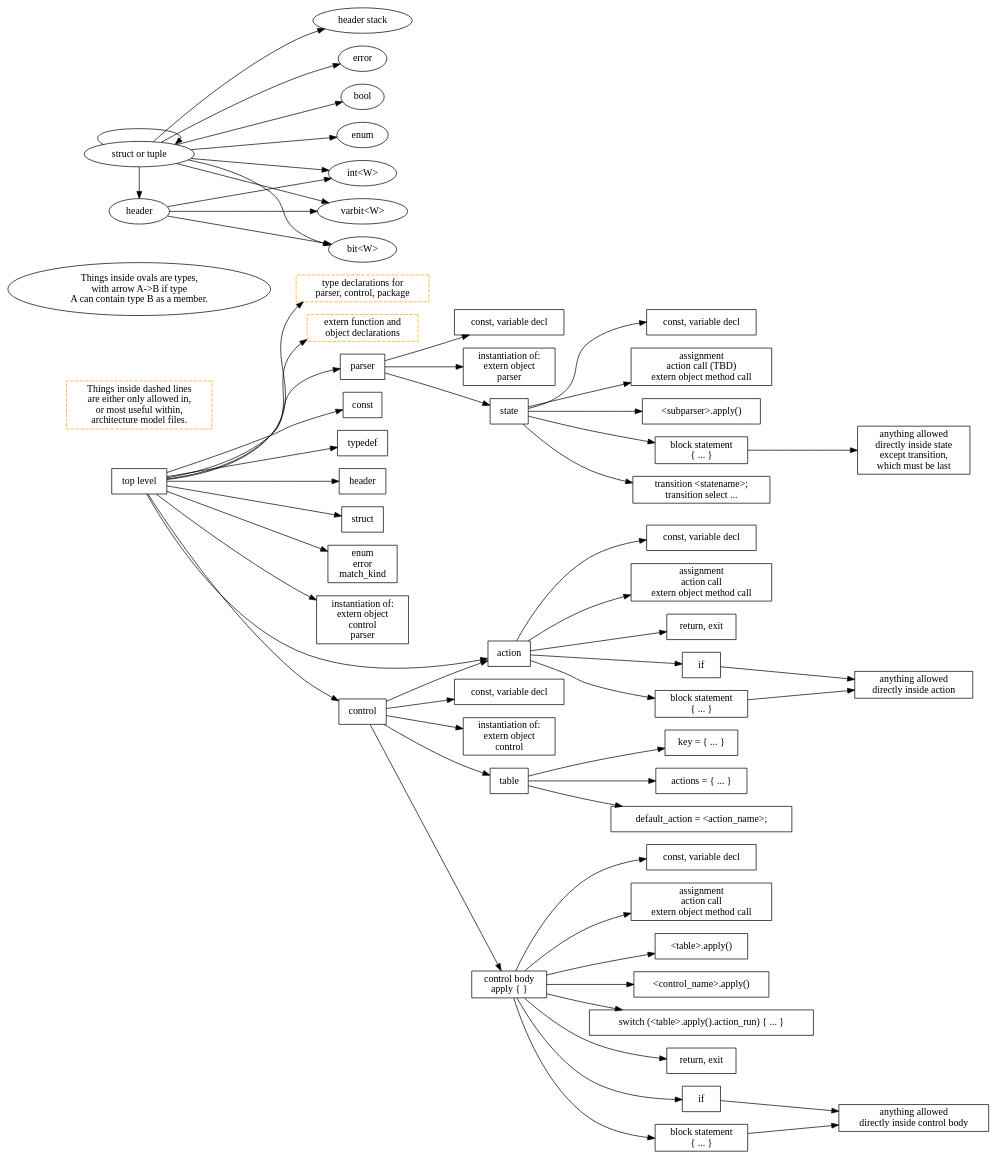
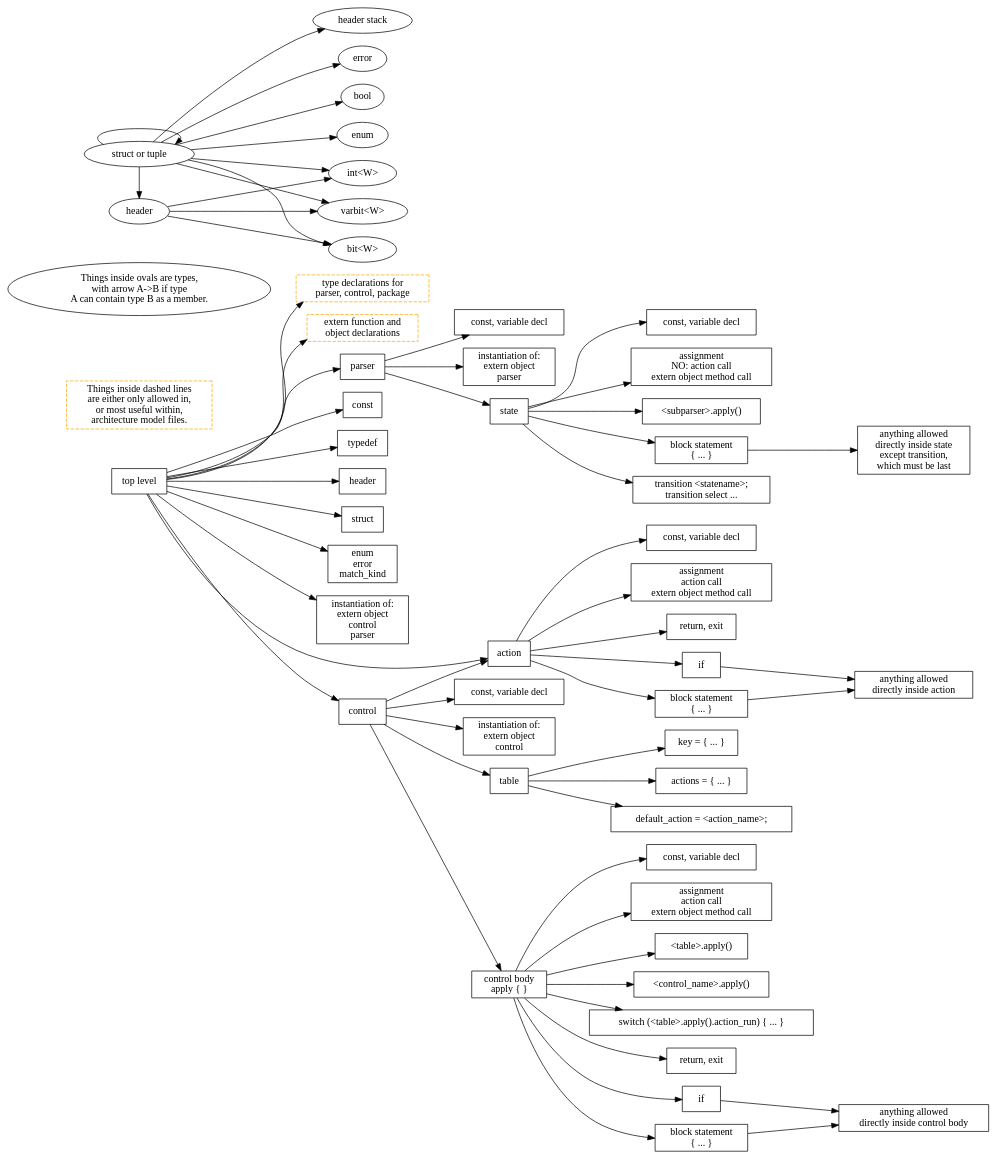
One commit to jafingerhut/p4-guide changed the diagram in p4-16-allowed-constructs.dot. Above: the diagram before and after it, drawn with Graphviz. The commit also changed 3 other files, not shown here.

```diff
--- a/p4-16-allowed-constructs.dot
+++ b/p4-16-allowed-constructs.dot
@@ -1,143 +1,143 @@
 digraph p4_16_allowed_construct_nesting {
 
     node [shape=box];
     rankdir=LR;
     
     toplevel [label="top level"];
     legend_bold_orange_box [label="Things inside dashed lines\nare either only allowed in,\nor most useful within,\narchitecture model files." style=dashed color=orange];
 
     toplevel -> typeDeclaration;
     typeDeclaration [label="type declarations for\nparser, control, package" style=dashed color=orange];
     toplevel -> externDeclaration;
     externDeclaration [label="extern function and\n object declarations" style=dashed color=orange];
     toplevel -> parserDeclaration;
     parserDeclaration [label="parser"];
     toplevel -> constantDeclaration1;
     constantDeclaration1 [label="const"];
     toplevel -> typedefDeclaration;
     typedefDeclaration [label="typedef"];
     toplevel -> headerTypeDeclaration;
     headerTypeDeclaration [label="header"];
     toplevel -> structTypeDeclaration;
     structTypeDeclaration [label="struct"];
     toplevel -> enumErrorMatchKindDeclaration;
     enumErrorMatchKindDeclaration [label="enum\nerror\nmatch_kind"];
     toplevel -> Instantiation;
     Instantiation [label="instantiation of:\nextern object\ncontrol\nparser"];
     toplevel -> actionDeclaration;
     actionDeclaration [label="action"];
     toplevel -> controlDeclaration;
     controlDeclaration [label="control"];
 
     // this is 'parser <name> (<parameters>) { ... }'
     parserDeclaration -> constantOrVariableDeclaration2;
     constantOrVariableDeclaration2 [label="const, variable decl"];
     parserDeclaration -> Instantiation2;
     Instantiation2 [label="instantiation of:\nextern object\nparser"];
     parserDeclaration -> parserState;
 
     parserState [label="state"];
     parserState -> constantOrVariableDeclaration3;
     constantOrVariableDeclaration3 [label="const, variable decl"];
     parserState -> assignmentActionMethodCallStatement3;
-    assignmentActionMethodCallStatement3 [label="assignment\naction call (TBD)\nextern object method call"];
+    assignmentActionMethodCallStatement3 [label="assignment\nNO: action call\nextern object method call"];
     parserState -> parserApplyCallStatement3;
     parserApplyCallStatement3 [label="<subparser>.apply()"];
     parserState -> blockStatement3;
     blockStatement3 [label="block statement\n{ ... }"];
     blockStatement3 -> blockStatementInParserState;
     blockStatementInParserState [label="anything allowed\ndirectly inside state\nexcept transition,\nwhich must be last"];
     parserState -> transitionStatement;
     transitionStatement [label="transition <statename>;\ntransition select ..."];
 
     controlDeclaration -> constantOrVariableDeclaration4;
     constantOrVariableDeclaration4 [label="const, variable decl"];
     controlDeclaration -> Instantiation4;
     Instantiation4 [label="instantiation of:\nextern object\ncontrol"];
     controlDeclaration -> actionDeclaration;
     controlDeclaration -> tableDeclaration;
     controlDeclaration -> controlBody;
     controlBody [label="control body\napply { }"];
 
     tableDeclaration [label="table"];
     tableDeclaration -> tablePropertyKey;
     tablePropertyKey [label="key = { ... }"];
     tableDeclaration -> tablePropertyActions;
     tablePropertyActions [label="actions = { ... }"];
     tableDeclaration -> tablePropertyDefaultAction;
     tablePropertyDefaultAction [label="default_action = <action_name>;"];
 
     actionDeclaration -> constantOrVariableDeclaration5;
     constantOrVariableDeclaration5 [label="const, variable decl"];
     actionDeclaration -> assignmentActionMethodCallStatement5;
     assignmentActionMethodCallStatement5 [label="assignment\naction call\nextern object method call"];
     actionDeclaration -> returnOrExitStatement5;
     returnOrExitStatement5 [label="return, exit"];
     actionDeclaration -> conditionalStatement5;
     conditionalStatement5 [label="if"];
     conditionalStatement5 -> blockStatementInActionDeclaration;
     actionDeclaration -> blockStatement5;
     blockStatement5 [label="block statement\n{ ... }"];
     blockStatement5 -> blockStatementInActionDeclaration;
     blockStatementInActionDeclaration [label="anything allowed\ndirectly inside action"];
 
     // I am making up actionCallStatement.  It might most closely
     // correspond in P4_16 grammar to assignmentOrMethodCallStatement.
     //actionCallStatement
 
     controlBody -> constantOrVariableDeclaration6;
     constantOrVariableDeclaration6 [label="const, variable decl"];
     controlBody -> assignmentActionMethodCallStatement6;
     assignmentActionMethodCallStatement6 [label="assignment\naction call\nextern object method call"];
     controlBody -> tableApplyCall6;
     tableApplyCall6 [label="<table>.apply()"];
     controlBody -> controlCallStatement6;
     controlCallStatement6 [label="<control_name>.apply()"];
     controlBody -> switchStatement6;
     switchStatement6 [label="switch (<table>.apply().action_run) { ... }"];
     controlBody -> returnOrExitStatement6;
     returnOrExitStatement6 [label="return, exit"];
     controlBody -> conditionalStatement6;
     conditionalStatement6 [label="if"];
     conditionalStatement6 -> blockStatementInControlBody;
     controlBody -> blockStatement6;
     blockStatement6 [label="block statement\n{ ... }"];
     blockStatement6 -> blockStatementInControlBody;
     blockStatementInControlBody [label="anything allowed\ndirectly inside control body"];
 
 
     legend_oval [label="Things inside ovals are types,\nwith arrow A->B if type\nA can contain type B as a member." shape=oval];
 
     {
     rank=same;
     containerHeader [shape=oval label="header"];
     containerStructOrTuple [shape=oval label="struct or tuple"];
     //containerStruct [shape=oval label="struct"];
     //containerTuple [shape=oval label="tuple"];
     }
 
     {
     rank=same;
     elementBitW [shape=oval label="bit<W>"];
     elementIntW [shape=oval label="int<W>"];
     elementVarbitW [shape=oval label="varbit<W>"];
     elementError [shape=oval label="error"];
     elementBool [shape=oval label="bool"];
     elementEnum [shape=oval label="enum"];
     elementHeaderStack [shape=oval label="header stack"];
     }
 
     containerHeader -> elementBitW;
     containerHeader -> elementIntW;
     containerHeader -> elementVarbitW;
 
     containerStructOrTuple -> elementBitW;
     containerStructOrTuple -> elementIntW;
     containerStructOrTuple -> elementVarbitW;
     containerStructOrTuple -> elementError;
     containerStructOrTuple -> elementBool;
     containerStructOrTuple -> elementEnum;
     containerStructOrTuple -> containerHeader;
     containerStructOrTuple -> elementHeaderStack;
     containerStructOrTuple -> containerStructOrTuple;
 }
```
